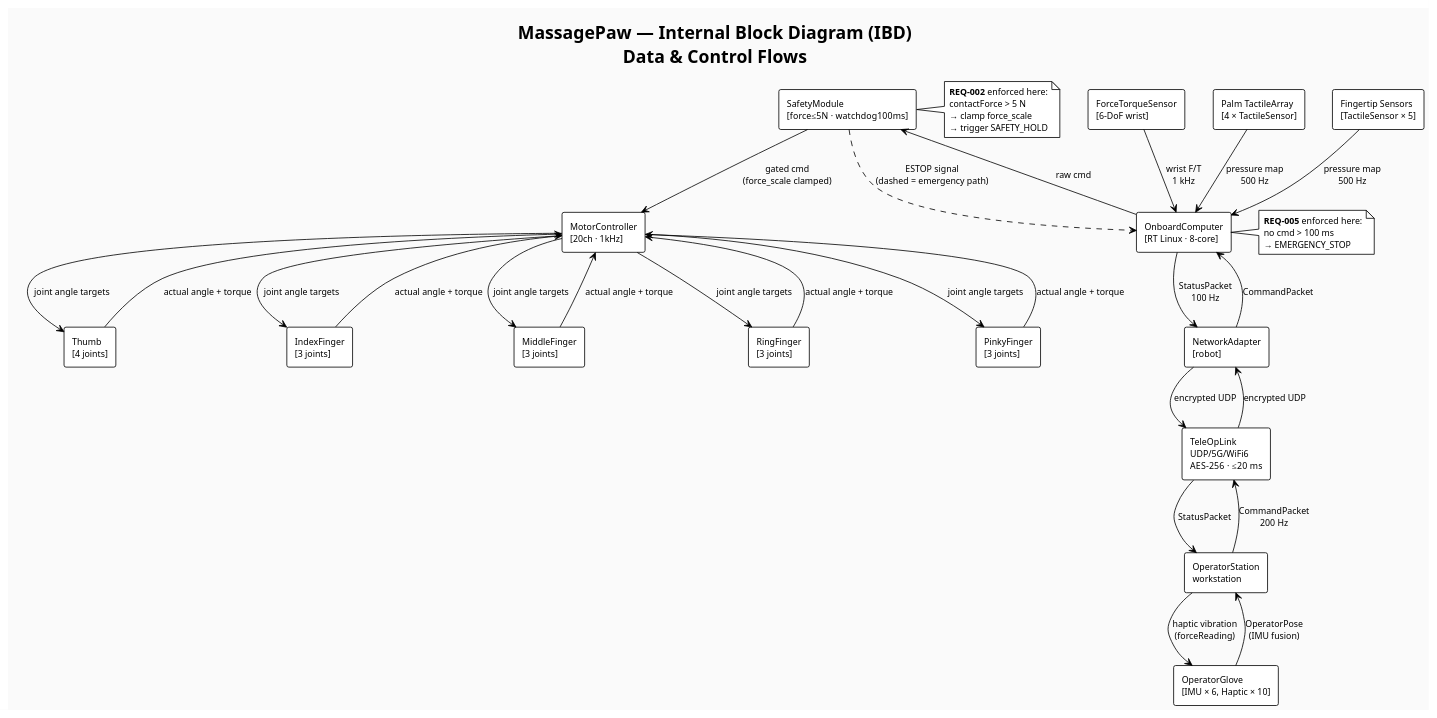
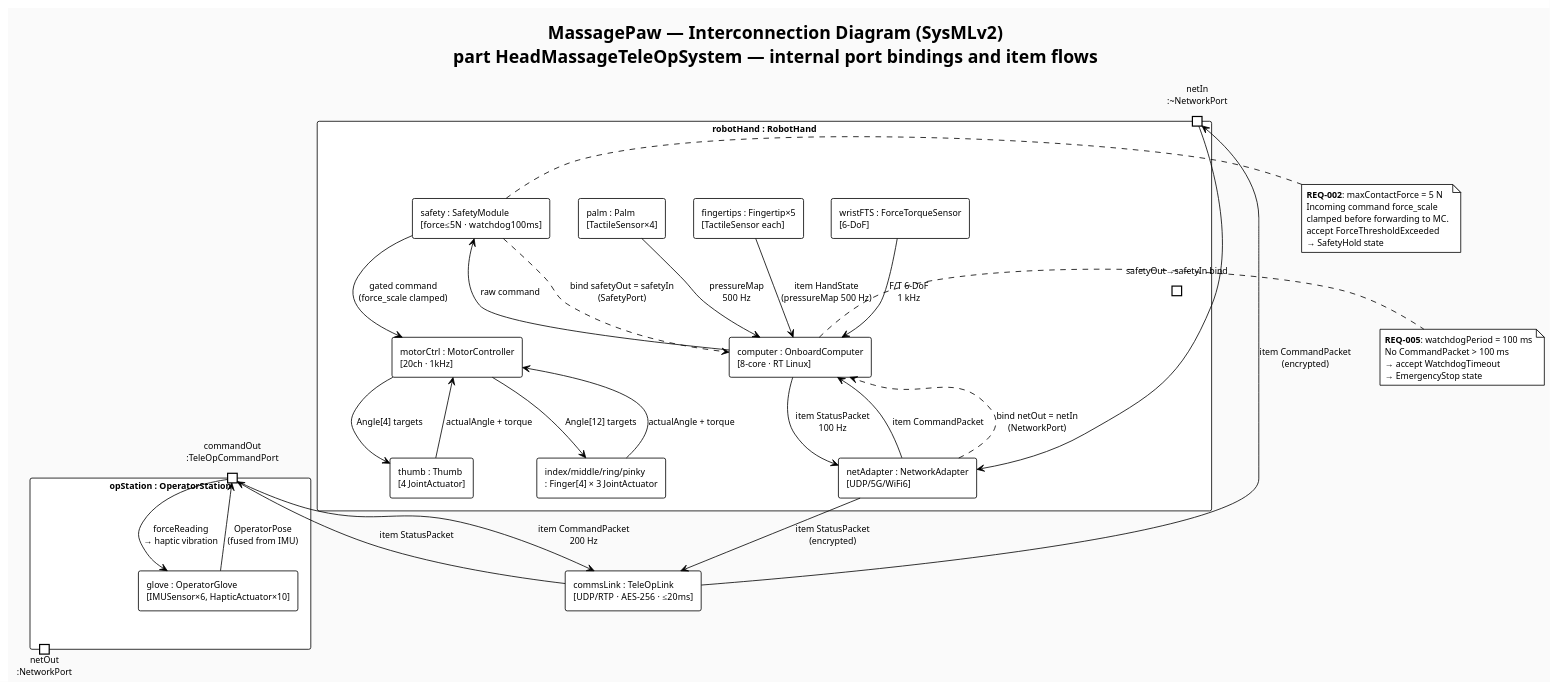
One commit to aYenYen0123/MassagePaw changed the diagram in diagrams/MassagePaw_IBD.puml. Above: the diagram before and after it, drawn with PlantUML. The commit also changed 7 other files, not shown here.

```diff
--- a/diagrams/MassagePaw_IBD.puml
+++ b/diagrams/MassagePaw_IBD.puml
@@ -1,78 +1,84 @@
 @startuml MassagePaw_IBD
 !theme plain
 skinparam backgroundColor #FAFAFA
 skinparam defaultFontName Monospace
 skinparam defaultFontSize 11
 skinparam shadowing false
 skinparam componentStyle rectangle
 
-title MassagePaw — Internal Block Diagram (IBD)\nData & Control Flows
+title MassagePaw — Interconnection Diagram (SysMLv2)\npart HeadMassageTeleOpSystem — internal port bindings and item flows
 
-' Operator side
-component "OperatorGlove\n[IMU × 6, Haptic × 10]" as Glove
-component "OperatorStation\nworkstation" as OpStation
+' SysMLv2 interconnection diagram notation:
+'   Boxes = part usages (instances inside the system)
+'   Arrows = flow (item flows between ports)
+'   = (equals sign) = bind (port binding)
+'   Port labels match port def names from Ports package
 
-' Comms
-component "TeleOpLink\nUDP/5G/WiFi6\nAES-256 · ≤20 ms" as Link
+component "opStation : OperatorStation" as OpSta {
+  component "glove : OperatorGlove\n[IMUSensor×6, HapticActuator×10]" as Glove
+  portin  "commandOut\n:TeleOpCommandPort" as opCmd
+  portout "netOut\n:NetworkPort" as opNet
+}
 
-' Robot side
-component "NetworkAdapter\n[robot]" as NetAdapt
-component "OnboardComputer\n[RT Linux · 8-core]" as OBC
-component "SafetyModule\n[force≤5N · watchdog100ms]" as Safety
-component "MotorController\n[20ch · 1kHz]" as MC
-component "ForceTorqueSensor\n[6-DoF wrist]" as FTS
+component "commsLink : TeleOpLink\n[UDP/RTP · AES-256 · ≤20ms]" as Link
 
-component "Thumb\n[4 joints]" as Thumb
-component "IndexFinger\n[3 joints]" as Idx
-component "MiddleFinger\n[3 joints]" as Mid
-component "RingFinger\n[3 joints]" as Ring
-component "PinkyFinger\n[3 joints]" as Pnk
+component "robotHand : RobotHand" as Hand {
+  component "netAdapter : NetworkAdapter\n[UDP/5G/WiFi6]" as NetAdapt
+  component "computer : OnboardComputer\n[8-core · RT Linux]" as OBC
+  component "safety : SafetyModule\n[force≤5N · watchdog100ms]" as Safety
+  component "motorCtrl : MotorController\n[20ch · 1kHz]" as MC
+  component "wristFTS : ForceTorqueSensor\n[6-DoF]" as FTS
 
-component "Palm TactileArray\n[4 × TactileSensor]" as PalmT
-component "Fingertip Sensors\n[TactileSensor × 5]" as FTips
+  component "thumb : Thumb\n[4 JointActuator]" as Thumb
+  component "index/middle/ring/pinky\n: Finger[4] × 3 JointActuator" as Fingers
+  component "palm : Palm\n[TactileSensor×4]" as PalmT
+  component "fingertips : Fingertip×5\n[TactileSensor each]" as FTips
 
-' ── Flows ───────────────────────────────────────────────────────────────
-Glove      --> OpStation   : OperatorPose\n(IMU fusion)
-OpStation  --> Link        : CommandPacket\n200 Hz
-Link       --> NetAdapt    : encrypted UDP
-NetAdapt   --> OBC         : CommandPacket
+  portin  "netIn\n:~NetworkPort" as robotNet
+  portout "safetyOut→safetyIn bind" as safetyBind
+}
 
-OBC        --> Safety      : raw cmd
-Safety     --> MC          : gated cmd\n(force_scale clamped)
-MC         --> Thumb       : joint angle targets
-MC         --> Idx         : joint angle targets
-MC         --> Mid         : joint angle targets
-MC         --> Ring        : joint angle targets
-MC         --> Pnk         : joint angle targets
+' ── Item flows ────────────────────────────────────────────────────────────
+Glove      --> opCmd     : OperatorPose\n(fused from IMU)
+opCmd      --> Link      : item CommandPacket\n200 Hz
+Link       --> robotNet  : item CommandPacket\n(encrypted)
+robotNet   --> NetAdapt
+NetAdapt   --> OBC       : item CommandPacket
 
-Thumb      --> MC          : actual angle + torque
-Idx        --> MC          : actual angle + torque
-Mid        --> MC          : actual angle + torque
-Ring       --> MC          : actual angle + torque
-Pnk        --> MC          : actual angle + torque
+OBC        --> Safety    : raw command
+Safety     --> MC        : gated command\n(force_scale clamped)
+MC         --> Thumb     : Angle[4] targets
+MC         --> Fingers   : Angle[12] targets
 
-FTips      --> OBC         : pressure map\n500 Hz
-PalmT      --> OBC         : pressure map\n500 Hz
-FTS        --> OBC         : wrist F/T\n1 kHz
+Thumb      --> MC        : actualAngle + torque
+Fingers    --> MC        : actualAngle + torque
 
-OBC        --> NetAdapt    : StatusPacket\n100 Hz
-NetAdapt   --> Link        : encrypted UDP
-Link       --> OpStation   : StatusPacket
-OpStation  --> Glove       : haptic vibration\n(forceReading)
+FTips      --> OBC       : item HandState\n(pressureMap 500 Hz)
+PalmT      --> OBC       : pressureMap\n500 Hz
+FTS        --> OBC       : F/T 6-DoF\n1 kHz
 
-Safety     ..> OBC         : ESTOP signal\n(dashed = emergency path)
+OBC        --> NetAdapt  : item StatusPacket\n100 Hz
+NetAdapt   --> Link      : item StatusPacket\n(encrypted)
+Link       --> opCmd     : item StatusPacket
+opCmd      --> Glove     : forceReading\n→ haptic vibration
+
+' ── Port bindings ─────────────────────────────────────────────────────────
+Safety     ..> OBC       : bind safetyOut = safetyIn\n(SafetyPort)
+NetAdapt   ..> OBC       : bind netOut = netIn\n(NetworkPort)
 
 note right of Safety
-  <b>REQ-002</b> enforced here:
-  contactForce > 5 N
-  → clamp force_scale
-  → trigger SAFETY_HOLD
+  <b>REQ-002</b>: maxContactForce = 5 N
+  Incoming command force_scale
+  clamped before forwarding to MC.
+  accept ForceThresholdExceeded
+  → SafetyHold state
 end note
 
 note right of OBC
-  <b>REQ-005</b> enforced here:
-  no cmd > 100 ms
-  → EMERGENCY_STOP
+  <b>REQ-005</b>: watchdogPeriod = 100 ms
+  No CommandPacket > 100 ms
+  → accept WatchdogTimeout
+  → EmergencyStop state
 end note
 
 @enduml
```
